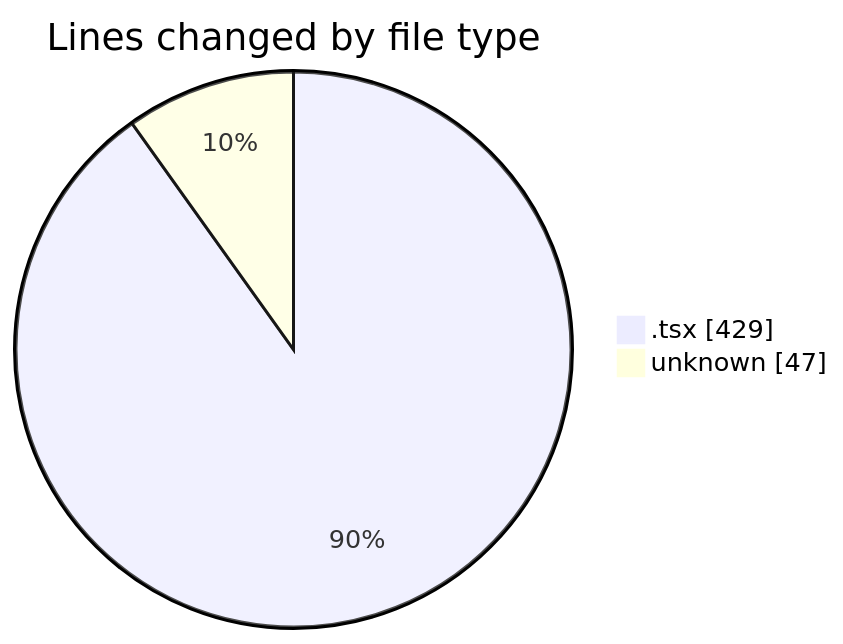
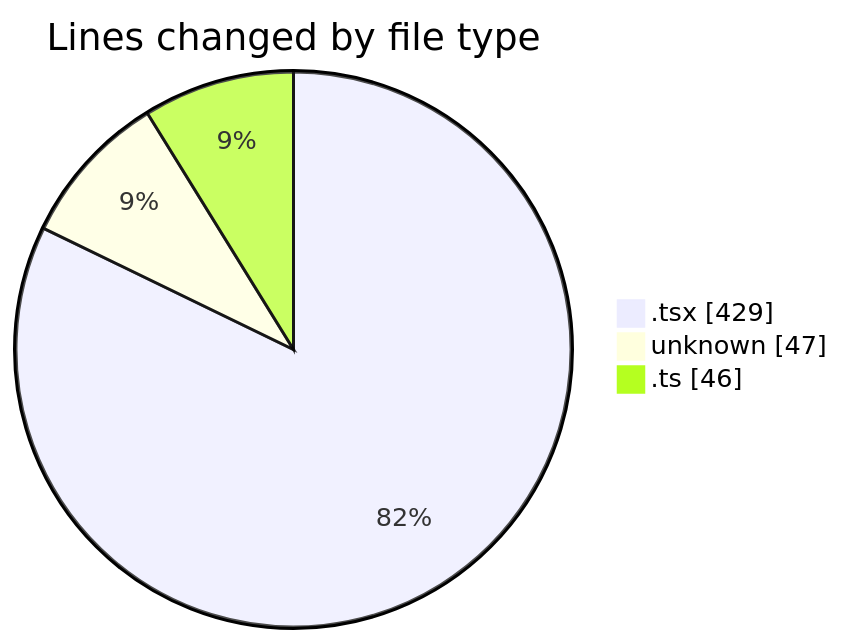
Before and after one commit to momahboobian/code-tracking: the first of 2 diagrams in 2025-09-18/cda/README.md, drawn with Mermaid. The commit also changed other lines of this file and 1 other file, not shown here.

````diff
--- a/2025-09-18/cda/README.md
+++ b/2025-09-18/cda/README.md
@@ -23,6 +24,7 @@
 ```mermaid
 pie showData
 title Lines changed by file type
 ".tsx" : 429
 "unknown" : 47
+".ts" : 46
 ```
````
